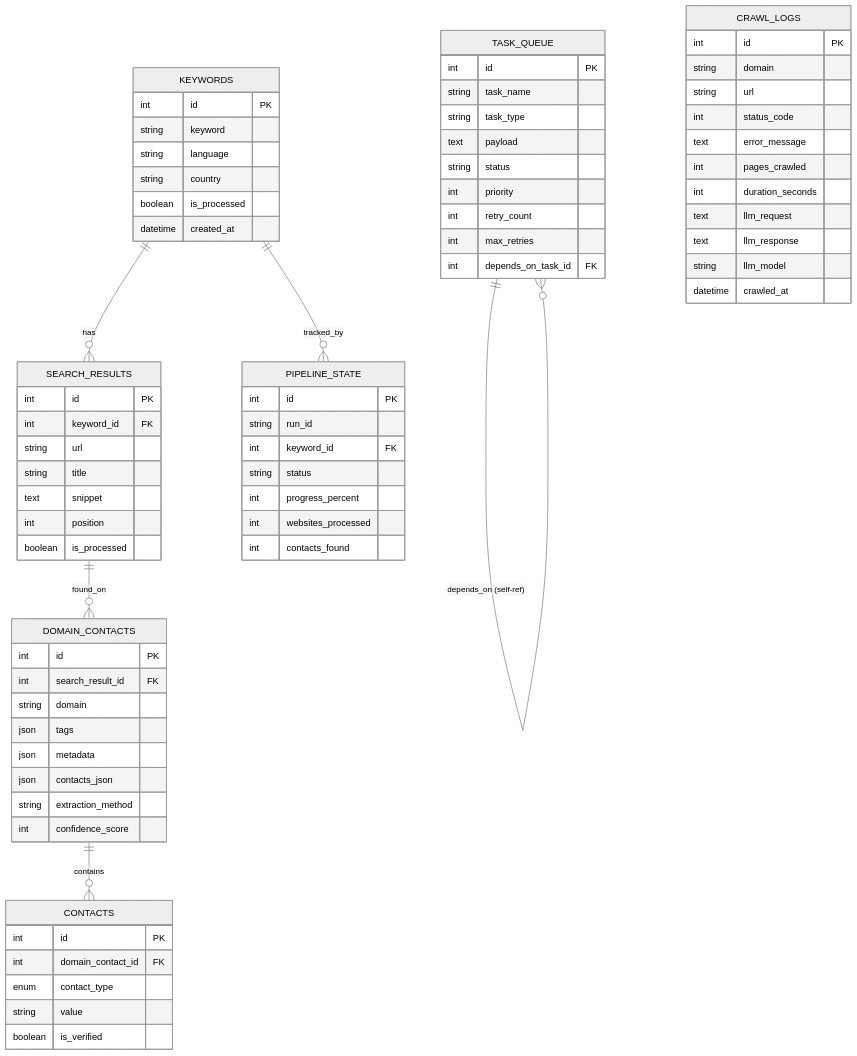
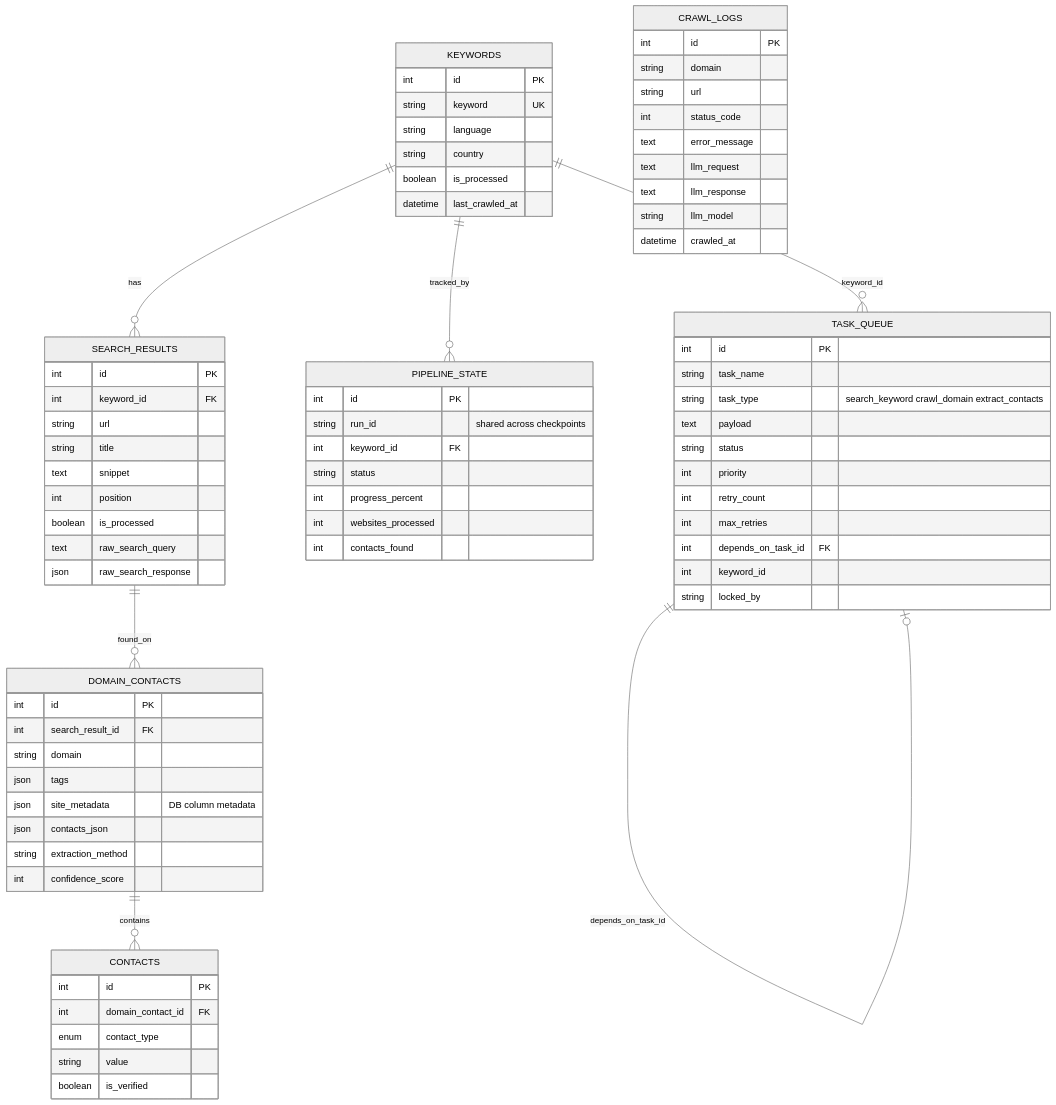
One commit to hauptmann1971/b2b-contact-miner changed the seventh of 8 diagrams in doc/C4_ARCHITECTURE.md. Above: the diagram before and after it, drawn with Mermaid (neutral theme). The commit also changed other lines of this file, not shown here.

First line of the commit message:
Rewrite C4 diagrams to match DB task queue architecture.

```diff
--- a/doc/C4_ARCHITECTURE.md
+++ b/doc/C4_ARCHITECTURE.md
@@ -300,17 +310,18 @@
     SEARCH_RESULTS ||--o{ DOMAIN_CONTACTS : found_on
     DOMAIN_CONTACTS ||--o{ CONTACTS : contains
     KEYWORDS ||--o{ PIPELINE_STATE : tracked_by
-    TASK_QUEUE ||--o{ TASK_QUEUE : "depends_on (self-ref)"
-    
+    KEYWORDS ||--o{ TASK_QUEUE : "keyword_id"
+    TASK_QUEUE ||--o| TASK_QUEUE : depends_on_task_id
+
     KEYWORDS {
         int id PK
-        string keyword
+        string keyword UK
         string language
         string country
         boolean is_processed
-        datetime created_at
+        datetime last_crawled_at
     }
-    
+
     SEARCH_RESULTS {
         int id PK
         int keyword_id FK
@@ -319,19 +330,21 @@
         text snippet
         int position
         boolean is_processed
+        text raw_search_query
+        json raw_search_response
     }
-    
+
     DOMAIN_CONTACTS {
         int id PK
         int search_result_id FK
         string domain
         json tags
-        json metadata
+        json site_metadata "DB column metadata"
         json contacts_json
         string extraction_method
         int confidence_score
     }
-    
+
     CONTACTS {
         int id PK
         int domain_contact_id FK
@@ -339,37 +352,37 @@
         string value
         boolean is_verified
     }
-    
+
     PIPELINE_STATE {
         int id PK
-        string run_id
+        string run_id "shared across checkpoints"
         int keyword_id FK
         string status
         int progress_percent
         int websites_processed
         int contacts_found
     }
-    
+
     TASK_QUEUE {
         int id PK
         string task_name
-        string task_type
+        string task_type "search_keyword crawl_domain extract_contacts"
         text payload
         string status
         int priority
         int retry_count
         int max_retries
         int depends_on_task_id FK
+        int keyword_id
+        string locked_by
     }
-    
+
     CRAWL_LOGS {
         int id PK
         string domain
         string url
         int status_code
         text error_message
-        int pages_crawled
-        int duration_seconds
         text llm_request
         text llm_response
         string llm_model
```
